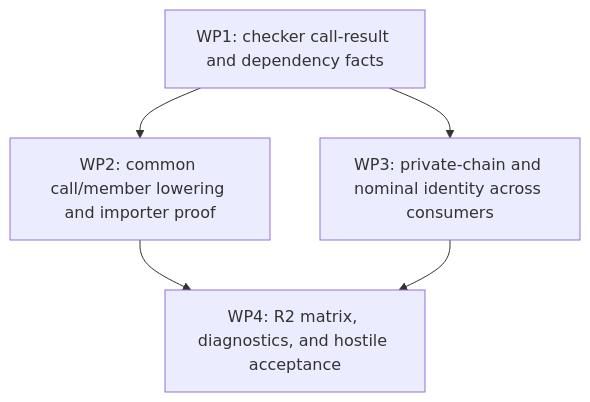
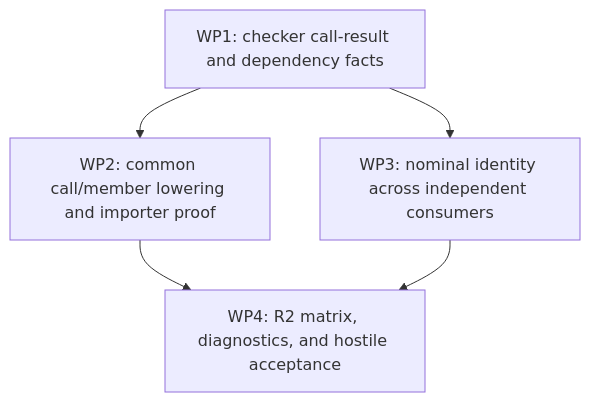
One commit to kuttyb/moss changed the diagram in docs/phase25/PHASE_25_1_R2_EXECUTION_PLAN.md. Above: the diagram before and after it, drawn with Mermaid. The commit also changed other lines of this file and 4 other files, not shown here.

````diff
--- a/docs/phase25/PHASE_25_1_R2_EXECUTION_PLAN.md
+++ b/docs/phase25/PHASE_25_1_R2_EXECUTION_PLAN.md
@@ -42,7 +42,7 @@
 ```mermaid
 flowchart TD
   A[WP1: checker call-result and dependency facts] --> B[WP2: common call/member lowering and importer proof]
-  A --> C[WP3: private-chain and nominal identity across consumers]
+  A --> C[WP3: nominal identity across independent consumers]
   B --> D[WP4: R2 matrix, diagnostics, and hostile acceptance]
   C --> D
 ```
````
